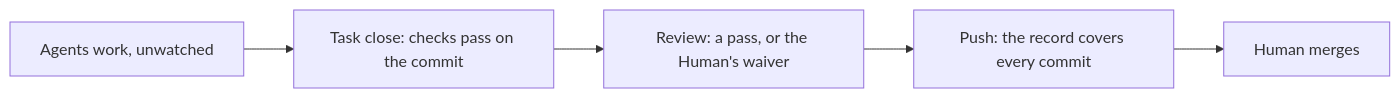
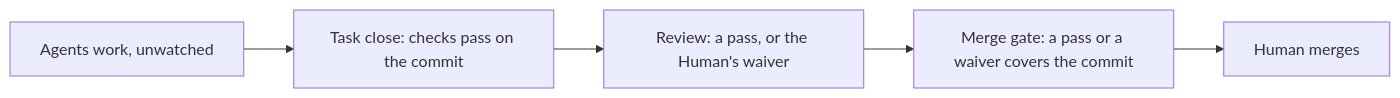
The third of 3 diagrams in docs/architecture/PRINCIPLES.md (trustmybot/tmb), drawn with Mermaid before and after one commit. The commit also changed other lines of this file and 11 other files, not shown here.

First line of the commit message:
📝 docs: review gates the merge, the push gate guards the base branch

````diff
--- a/docs/architecture/PRINCIPLES.md
+++ b/docs/architecture/PRINCIPLES.md
@@ -124,7 +124,7 @@
 ```mermaid
 flowchart LR
     W["Agents work, unwatched"] --> C1["Task close: checks pass on the commit"]
     C1 --> C2["Review: a pass, or the Human's waiver"]
-    C2 --> C3["Push: the record covers every commit"]
+    C2 --> C3["Merge gate: a pass or a waiver covers the commit"]
     C3 --> M["Human merges"]
 ```
````
